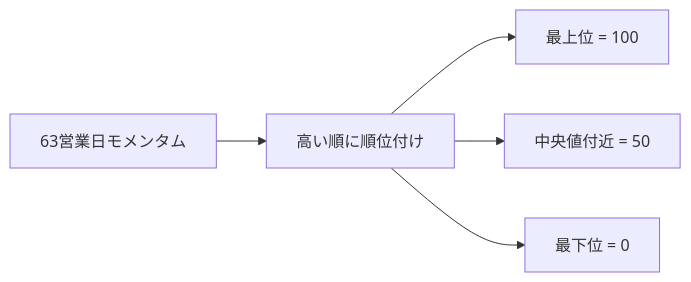
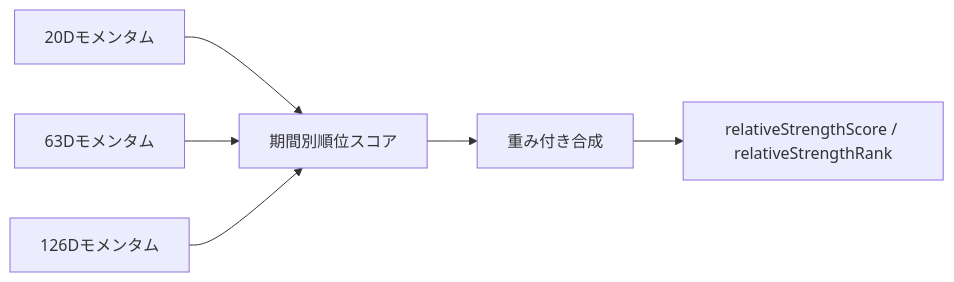
One commit to GtSt-jill/investment-app changed the second of 2 diagrams in docs/technical-logic.md. Above: the diagram before and after it, drawn with Mermaid. The commit also changed other lines of this file and 13 other files, not shown here.

````diff
--- a/docs/technical-logic.md
+++ b/docs/technical-logic.md
@@ -101,7 +110,8 @@
 ```mermaid
 flowchart LR
-  A["63営業日モメンタム"] --> B["高い順に順位付け"]
-  B --> C["最上位 = 100"]
-  B --> D["中央値付近 = 50"]
-  B --> E["最下位 = 0"]
+  A["20Dモメンタム"] --> D["期間別順位スコア"]
+  B["63Dモメンタム"] --> D
+  C["126Dモメンタム"] --> D
+  D --> E["重み付き合成"]
+  E --> F["relativeStrengthScore / relativeStrengthRank"]
 ```
````
